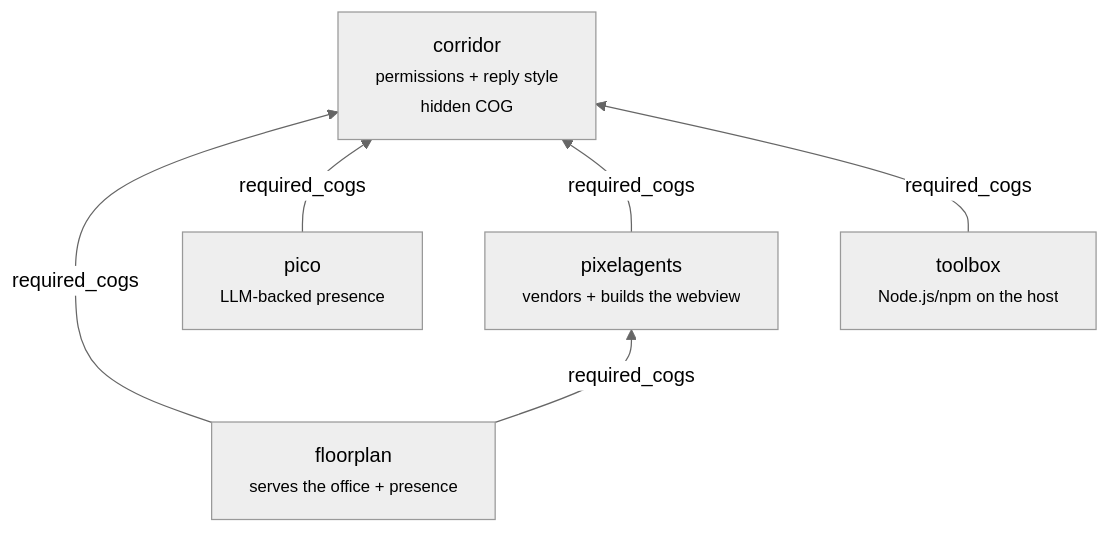
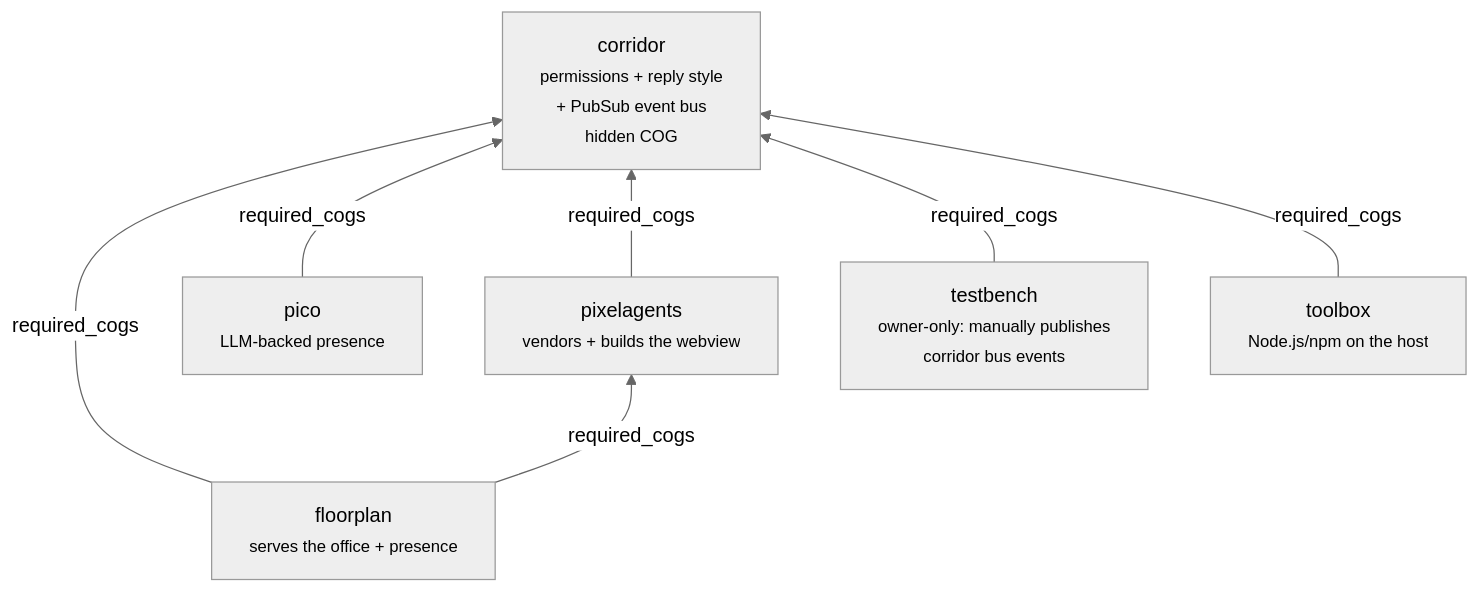
One commit to pixel-agents-hq/pixel-agents-cogs changed the first of 7 diagrams in docs/architecture.md. Above: the diagram before and after it, drawn with Mermaid (neutral theme). The commit also changed other lines of this file and 17 other files, not shown here.

````diff
--- a/docs/architecture.md
+++ b/docs/architecture.md
@@ -24,14 +25,16 @@
 ```mermaid
 flowchart BT
-    corridor["corridor<br/><small>permissions + reply style</small><br/><small>hidden COG</small>"]
+    corridor["corridor<br/><small>permissions + reply style<br/>+ PubSub event bus</small><br/><small>hidden COG</small>"]
     floorplan["floorplan<br/><small>serves the office + presence</small>"]
     pico["pico<br/><small>LLM-backed presence</small>"]
     pixelagents["pixelagents<br/><small>vendors + builds the webview</small>"]
+    testbench["testbench<br/><small>owner-only: manually publishes<br/>corridor bus events</small>"]
     toolbox["toolbox<br/><small>Node.js/npm on the host</small>"]
 
     floorplan -->|required_cogs| corridor
     pico -->|required_cogs| corridor
     pixelagents -->|required_cogs| corridor
+    testbench -->|required_cogs| corridor
     toolbox -->|required_cogs| corridor
     floorplan -->|required_cogs| pixelagents
 ```
````
